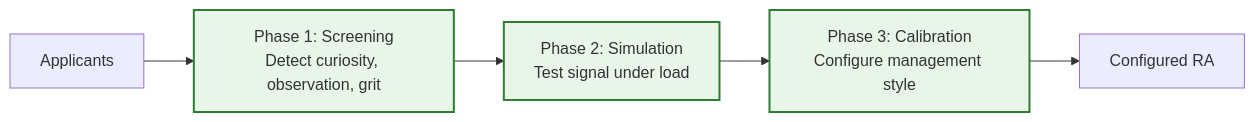
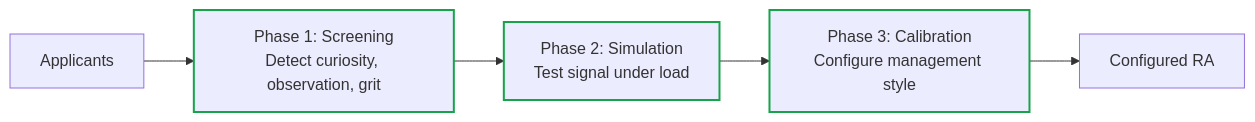
One commit to uzayer/masterdoc-fumadocs changed the second of 5 diagrams in content/docs/projects/research-lab.mdx. Above: the diagram before and after it, drawn with Mermaid. The commit also changed other lines of this file and 3 other files, not shown here.

First line of the commit message:
feat(layout): timeline steps for history, adaptive mermaid theming

````diff
--- a/content/docs/projects/research-lab.mdx
+++ b/content/docs/projects/research-lab.mdx
@@ -88,14 +88,14 @@
 ```mermaid
 flowchart LR
     N_In[Applicants]
     N1["Phase 1: Screening<br>Detect curiosity, observation, grit"]
     N2["Phase 2: Simulation<br>Test signal under load"]
     N3["Phase 3: Calibration<br>Configure management style"]
     N_Out[Configured RA]
 
     N_In --> N1 --> N2 --> N3 --> N_Out
 
-    style N1 fill:#e8f5e9,stroke:#2e7d32,stroke-width:2px
-    style N2 fill:#e8f5e9,stroke:#2e7d32,stroke-width:2px
-    style N3 fill:#e8f5e9,stroke:#2e7d32,stroke-width:2px
+    style N1 stroke:#16a34a,stroke-width:2px
+    style N2 stroke:#16a34a,stroke-width:2px
+    style N3 stroke:#16a34a,stroke-width:2px
 ```
````
